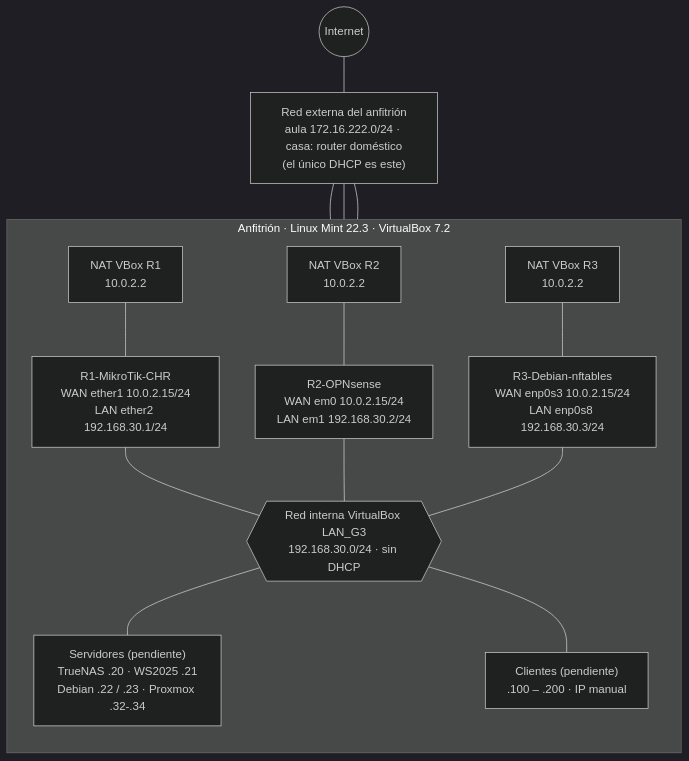
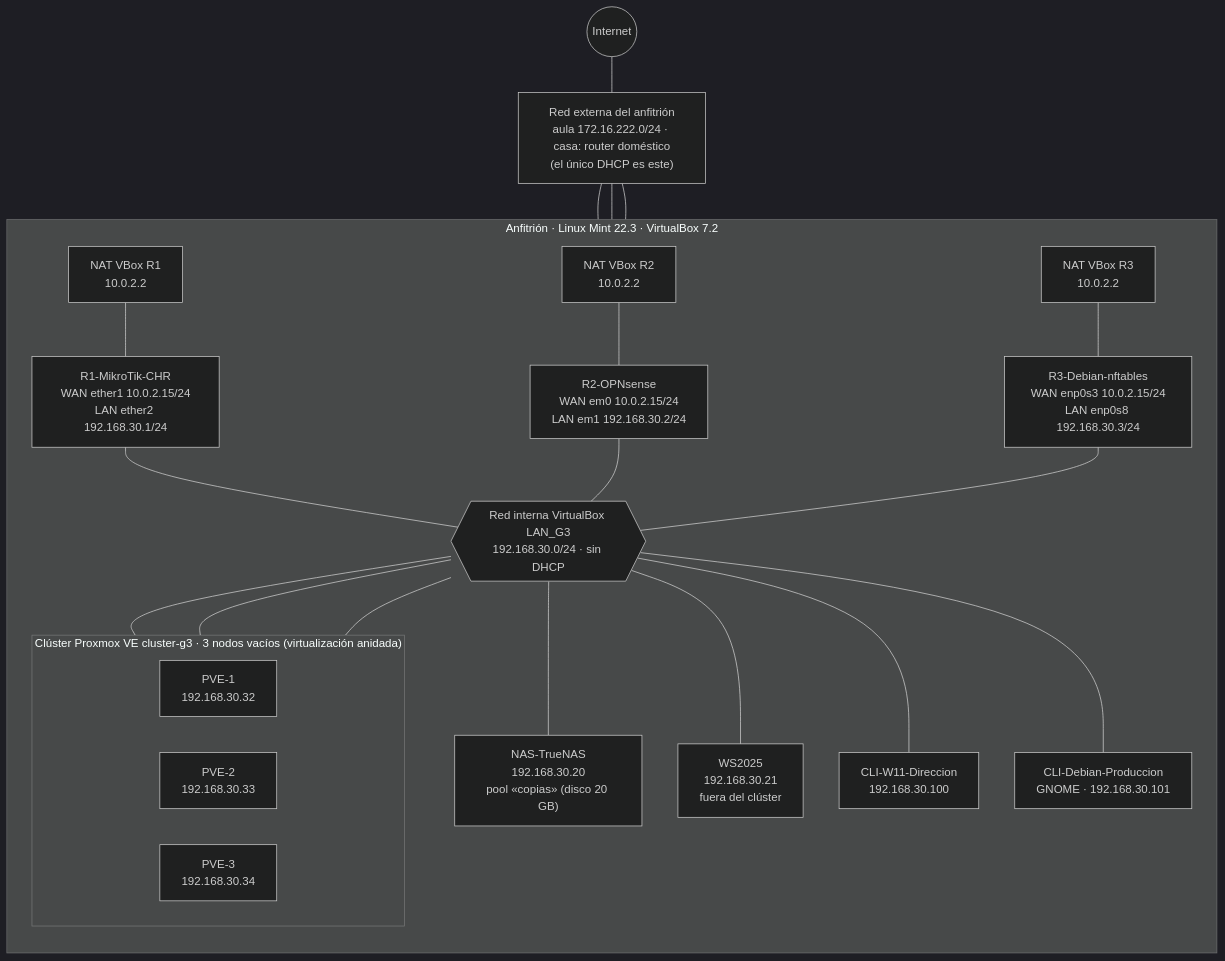
One commit to Roxz00/Asix-aula-Trabajo-Individual changed the diagram in diagrames/esquema-individual.md. Above: the diagram before and after it, drawn with Mermaid (dark theme). The commit also changed other lines of this file and 17 other files, not shown here.

First line of the commit message:
Tasca 0: entorno de pruebas completo (TrueNAS, clúster Proxmox, WS2025 y clientes)

````diff
--- a/diagrames/esquema-individual.md
+++ b/diagrames/esquema-individual.md
@@ -5,35 +5,48 @@
 ```mermaid
 flowchart TB
     INET((Internet))
     EXT["Red externa del anfitrión<br/>aula 172.16.222.0/24 · casa: router doméstico<br/>(el único DHCP es este)"]
     INET --- EXT
 
     subgraph HOST["Anfitrión · Linux Mint 22.3 · VirtualBox 7.2"]
         direction TB
         NAT1["NAT VBox R1<br/>10.0.2.2"]
         NAT2["NAT VBox R2<br/>10.0.2.2"]
         NAT3["NAT VBox R3<br/>10.0.2.2"]
 
         R1["R1-MikroTik-CHR<br/>WAN ether1 10.0.2.15/24<br/>LAN ether2 192.168.30.1/24"]
         R2["R2-OPNsense<br/>WAN em0 10.0.2.15/24<br/>LAN em1 192.168.30.2/24"]
         R3["R3-Debian-nftables<br/>WAN enp0s3 10.0.2.15/24<br/>LAN enp0s8 192.168.30.3/24"]
 
         LAN{{"Red interna VirtualBox LAN_G3<br/>192.168.30.0/24 · sin DHCP"}}
 
-        SRV["Servidores (pendiente)<br/>TrueNAS .20 · WS2025 .21<br/>Debian .22 / .23 · Proxmox .32-.34"]
-        CLI["Clientes (pendiente)<br/>.100 – .200 · IP manual"]
+        subgraph CLU["Clúster Proxmox VE cluster-g3 · 3 nodos vacíos (virtualización anidada)"]
+            direction LR
+            PVE1["PVE-1<br/>192.168.30.32"]
+            PVE2["PVE-2<br/>192.168.30.33"]
+            PVE3["PVE-3<br/>192.168.30.34"]
+        end
+        NAS["NAS-TrueNAS<br/>192.168.30.20<br/>pool «copias» (disco 20 GB)"]
+        WS["WS2025<br/>192.168.30.21<br/>fuera del clúster"]
+        W11["CLI-W11-Direccion<br/>192.168.30.100"]
+        DEB["CLI-Debian-Produccion<br/>GNOME · 192.168.30.101"]
 
         NAT1 --- R1
         NAT2 --- R2
         NAT3 --- R3
         R1 --- LAN
         R2 --- LAN
         R3 --- LAN
-        LAN --- SRV
-        LAN --- CLI
+        LAN --- PVE1
+        LAN --- PVE2
+        LAN --- PVE3
+        LAN --- NAS
+        LAN --- WS
+        LAN --- W11
+        LAN --- DEB
     end
 
     EXT --- NAT1
     EXT --- NAT2
     EXT --- NAT3
 ```
````
